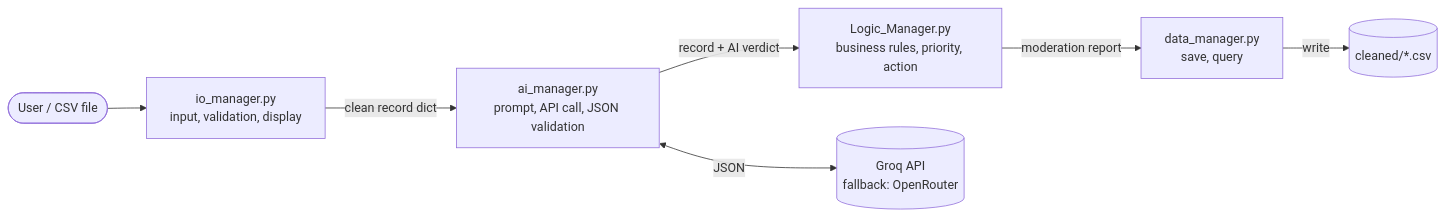
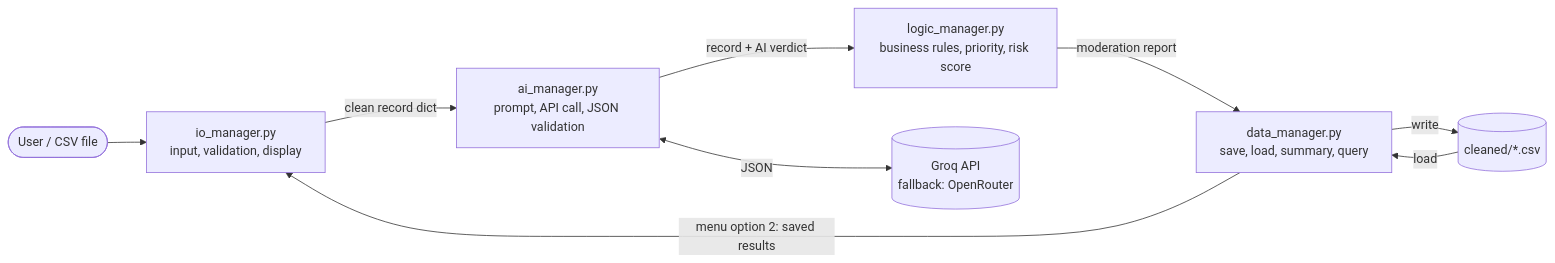
Before and after one commit to GreyCatCoding/INF1103-P10-T4: the diagram in README.md, drawn with Mermaid. The commit also changed other lines of this file, not shown here.

````diff
--- a/README.md
+++ b/README.md
@@ -28,14 +15,11 @@
 ```mermaid
 flowchart LR
     U([User / CSV file]) --> IO[io_manager.py<br/>input, validation, display]
     IO -->|clean record dict| AI[ai_manager.py<br/>prompt, API call, JSON validation]
-    AI -->|record + AI verdict| LM[Logic_Manager.py<br/>business rules, priority, action]
-    LM -->|moderation report| DM[data_manager.py<br/>save, query]
-    %% TODO: uncomment the next line
-    %% LM -->|moderation report| DM[data_manager.py<br/>save, load, query]
+    AI -->|record + AI verdict| LM[logic_manager.py<br/>business rules, priority, risk score]
+    LM -->|moderation report| DM[data_manager.py<br/>save, load, summary, query]
     DM -->|write| FS[("cleaned/*.csv")]
-    %% TODO: uncomment the next two lines
-    %% FS -->|"load"| DM
-    %% DM -->|"menu option 2: saved results"| IO
+    FS -->|"load"| DM
+    DM -->|"menu option 2: saved results"| IO
     AI <-->|JSON| API[(Groq API<br/>fallback: OpenRouter)]
 ```
````
